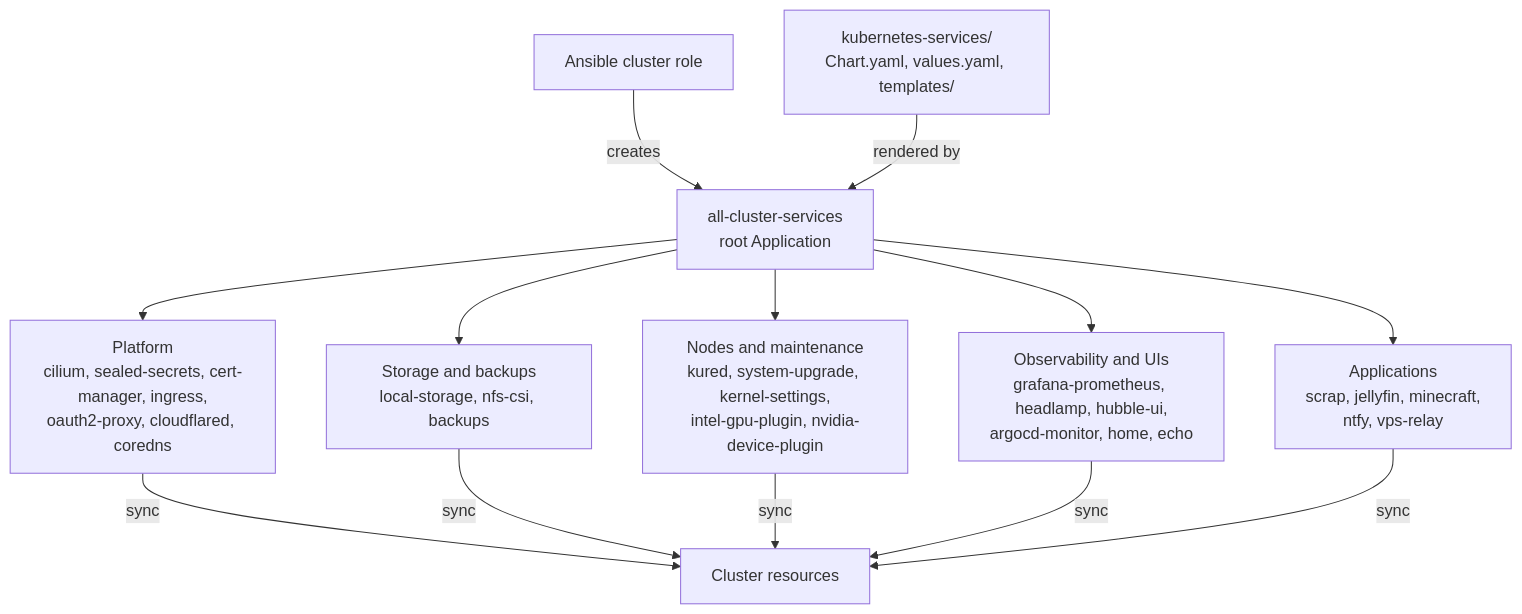
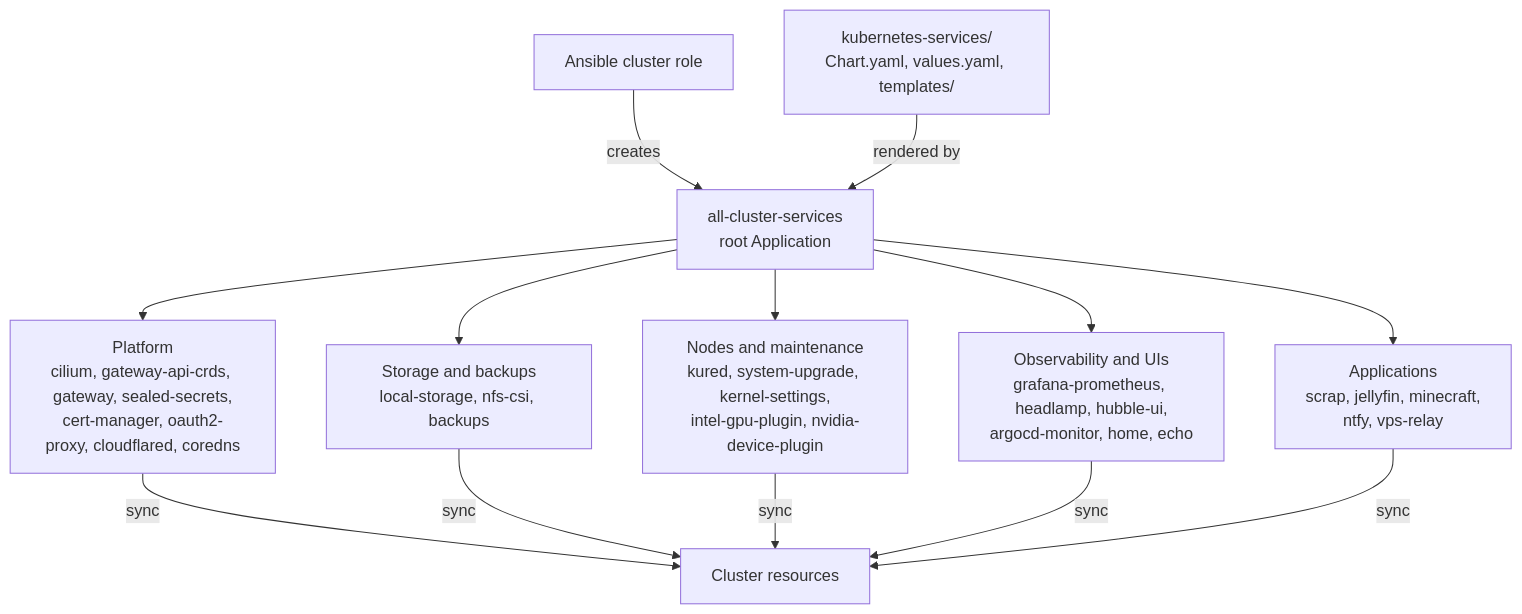
One commit to gilesknap/tpi-k3s-ansible changed the first of 3 diagrams in docs/explanations/architecture/gitops.md. Above: the diagram before and after it, drawn with Mermaid. The commit also changed other lines of this file and 32 other files, not shown here.

First line of the commit message:
Docs: ingress-nginx is gone, the Gateway serves everything

````diff
--- a/docs/explanations/architecture/gitops.md
+++ b/docs/explanations/architecture/gitops.md
@@ -37,13 +37,13 @@
 ```mermaid
 flowchart TB
     ANS["Ansible cluster role"] -->|"creates"| ROOT["all-cluster-services<br/>root Application"]
     REPO["kubernetes-services/<br/>Chart.yaml, values.yaml, templates/"] -->|"rendered by"| ROOT
 
-    ROOT --> P["Platform<br/>cilium, sealed-secrets, cert-manager, ingress,<br/>oauth2-proxy, cloudflared, coredns"]
+    ROOT --> P["Platform<br/>cilium, gateway-api-crds, gateway, sealed-secrets,<br/>cert-manager, oauth2-proxy, cloudflared, coredns"]
     ROOT --> S["Storage and backups<br/>local-storage, nfs-csi, backups"]
     ROOT --> M["Nodes and maintenance<br/>kured, system-upgrade, kernel-settings,<br/>intel-gpu-plugin, nvidia-device-plugin"]
     ROOT --> O["Observability and UIs<br/>grafana-prometheus, headlamp, hubble-ui,<br/>argocd-monitor, home, echo"]
     ROOT --> A["Applications<br/>scrap, jellyfin, minecraft,<br/>ntfy, vps-relay"]
 
     P & S & M & O & A -->|"sync"| K["Cluster resources"]
 ```
````
